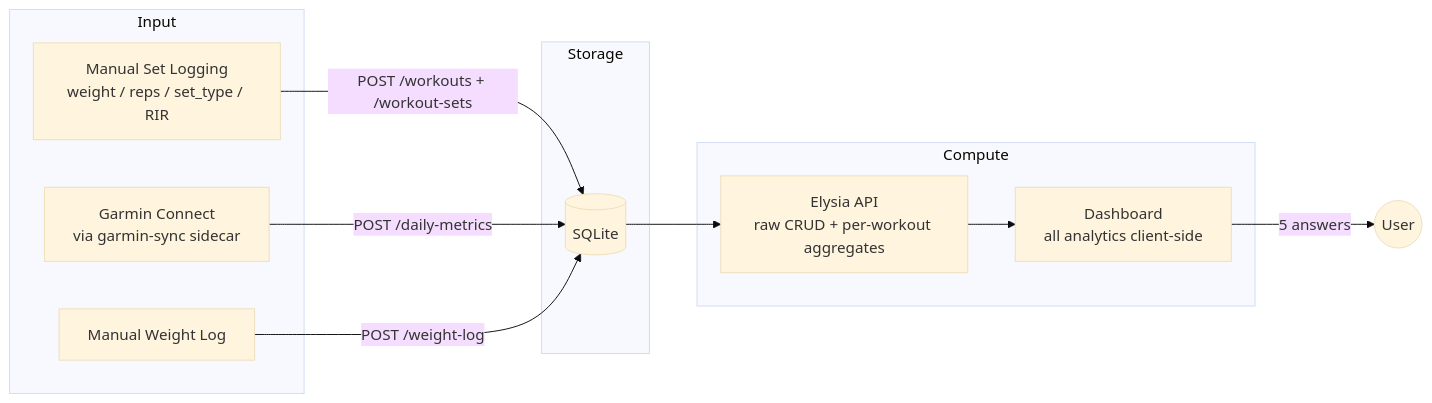
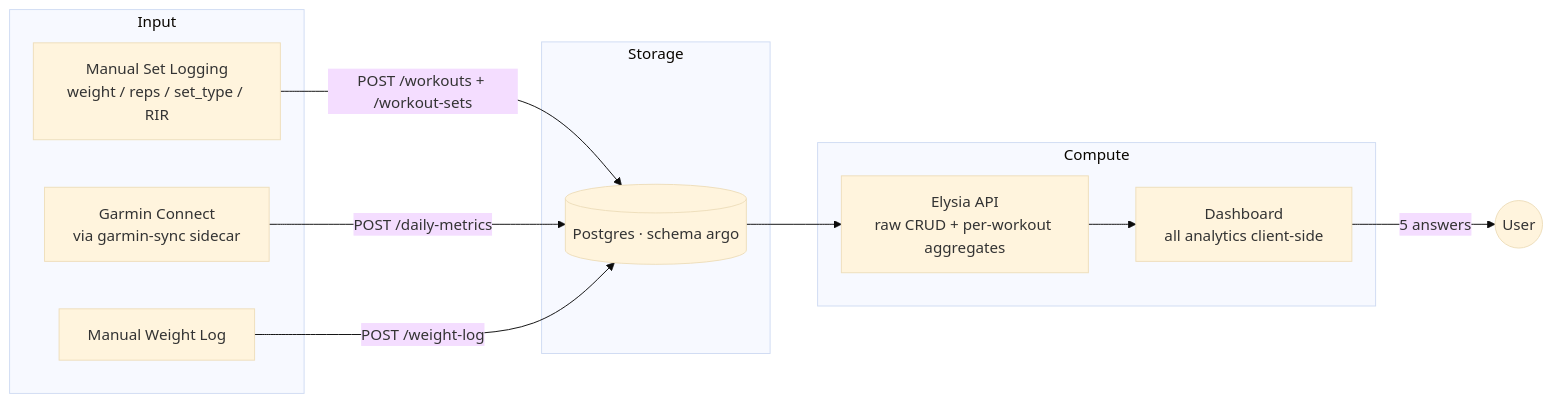
One commit to jkrumm/argo changed the diagram in docs/STRENGTH-ANALYTICS.md. Above: the diagram before and after it, drawn with Mermaid (base theme). The commit also changed other lines of this file and 1 other file, not shown here.

First line of the commit message:
docs(analytics): fix stale SQLite refs, drop the v1/v2 strength changelog

````diff
--- a/docs/STRENGTH-ANALYTICS.md
+++ b/docs/STRENGTH-ANALYTICS.md
@@ -61,20 +59,20 @@
 ```mermaid
 graph LR
   subgraph Input
     UI[Manual Set Logging<br/>weight / reps / set_type / RIR]
     GC[Garmin Connect<br/>via garmin-sync sidecar]
     WL[Manual Weight Log]
   end
   subgraph Storage
-    DB[(SQLite)]
+    DB[(Postgres · schema argo)]
   end
   subgraph Compute
     API[Elysia API<br/>raw CRUD + per-workout aggregates]
     CLIENT[Dashboard<br/>all analytics client-side]
   end
   UI -->|POST /workouts + /workout-sets| DB
   GC -->|POST /daily-metrics| DB
   WL -->|POST /weight-log| DB
   DB --> API --> CLIENT
   CLIENT -->|5 answers| USER((User))
 ```
````
